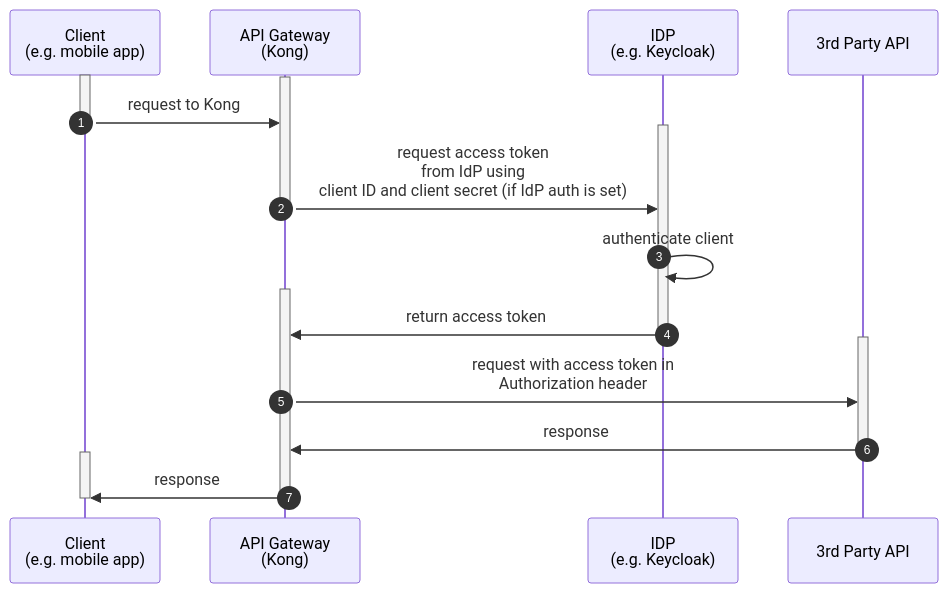
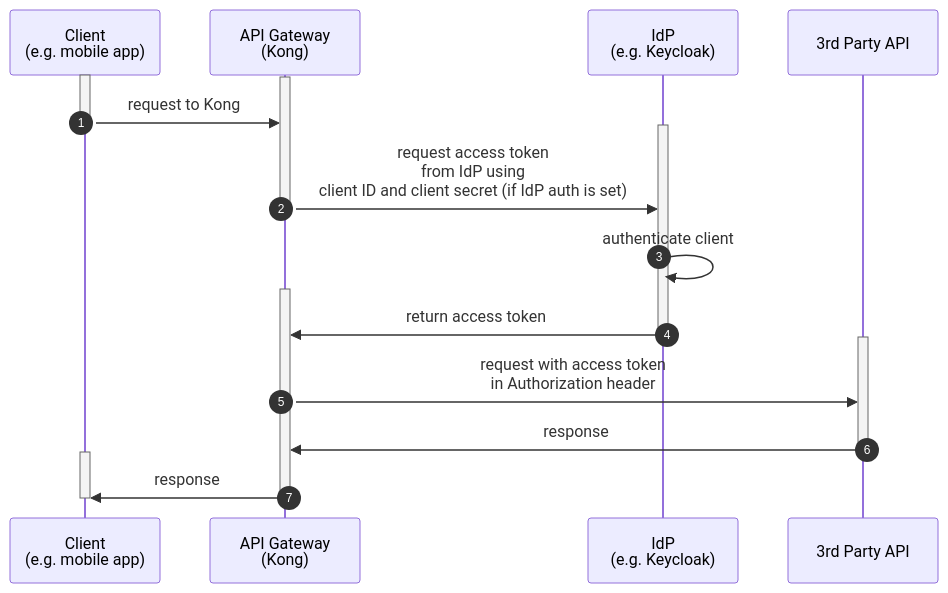
One commit to Kong/docs.konghq.com changed the diagram in app/_hub/kong-inc/upstream-oauth/overview/_index.md. Above: the diagram before and after it, drawn with Mermaid. The commit also changed other lines of this file, not shown here.

Commit message:
Apply suggestions from code review

```diff
--- a/app/_hub/kong-inc/upstream-oauth/overview/_index.md
+++ b/app/_hub/kong-inc/upstream-oauth/overview/_index.md
@@ -16,29 +16,29 @@
 {% mermaid %}
 sequenceDiagram
     autonumber
     participant client as Client <br>(e.g. mobile app)
     participant kong as API Gateway <br>(Kong)
-    participant idp as IDP <br>(e.g. Keycloak)
+    participant idp as IdP <br>(e.g. Keycloak)
     participant api as 3rd Party API
     activate client
     activate kong
     client->>kong: request to Kong
     deactivate client
     activate idp
     kong->>idp: request access token <br>from IdP using <br>client ID and client secret (if IdP auth is set)
     deactivate kong
     idp->>idp: authenticate client
     activate kong
     idp->>kong: return access token
     deactivate idp
     activate api
-    kong->>api: request with access token in <br>Authorization header
+    kong->>api: request with access token <br>in Authorization header
     deactivate kong
     activate kong
     api->>kong: response
     deactivate api
     activate client
     kong->>client: response
     deactivate client
     deactivate kong
 {% endmermaid %}
```
